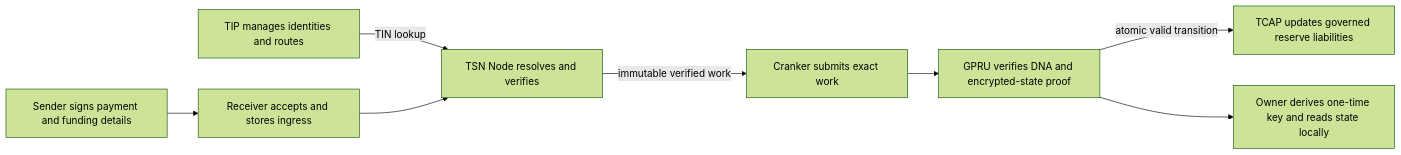
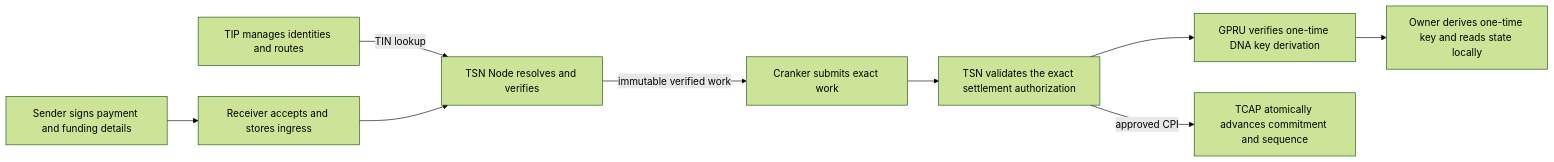
Before and after one commit to Trustlink-Labs/TSN-Protocol: the diagram in tsn-docs/overview/architecture.mdx, drawn with Mermaid (forest theme). The commit also changed other lines of this file and 24 other files, not shown here.

````diff
--- a/tsn-docs/overview/architecture.mdx
+++ b/tsn-docs/overview/architecture.mdx
@@ -11,10 +11,11 @@
 ```mermaid
 flowchart LR
     TIP[TIP manages identities and routes] -->|TIN lookup| NODE[TSN Node resolves and verifies]
     SENDER[Sender signs payment and funding details] --> RECEIVER[Receiver accepts and stores ingress]
     RECEIVER --> NODE
     NODE -->|immutable verified work| CRANKER[Cranker submits exact work]
-    CRANKER --> GPRU[GPRU verifies DNA and encrypted-state proof]
-    GPRU -->|atomic valid transition| TCAP[TCAP updates governed reserve liabilities]
+    CRANKER --> TSN[TSN validates the exact settlement authorization]
+    TSN --> GPRU[GPRU verifies one-time DNA key derivation]
+    TSN -->|approved CPI| TCAP[TCAP atomically advances commitment and sequence]
     GPRU --> OWNER[Owner derives one-time key and reads state locally]
 ```
````
